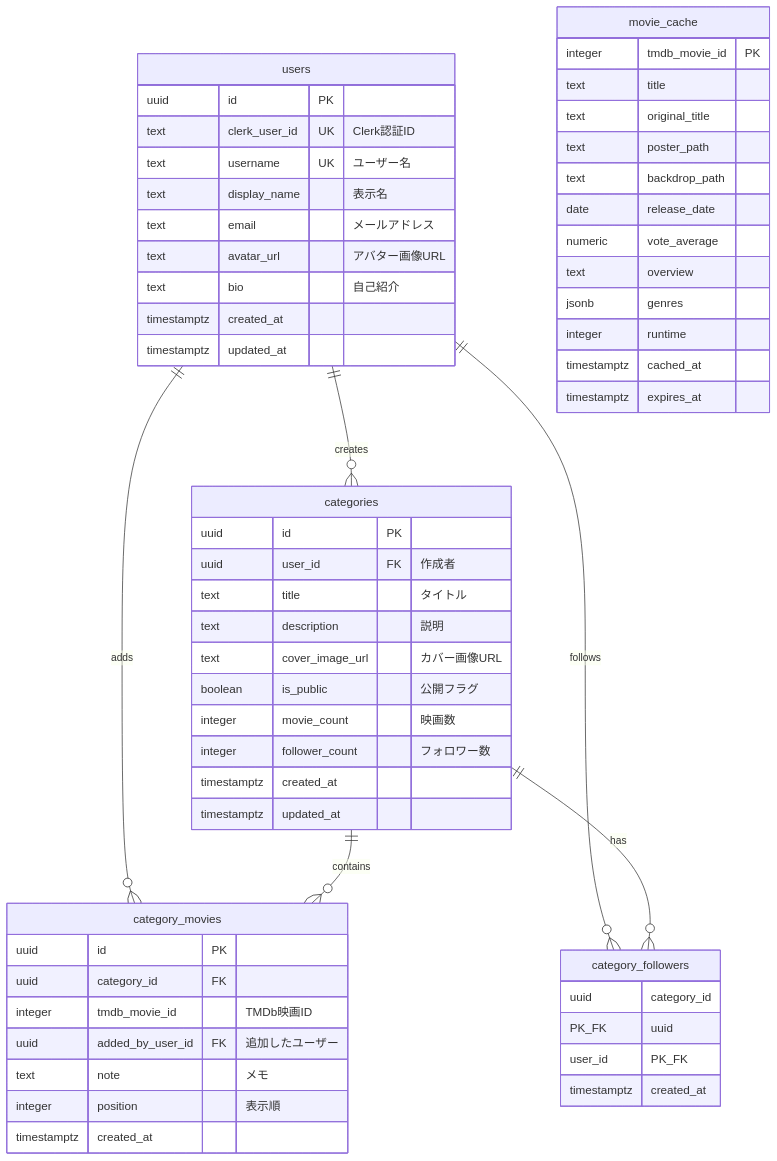
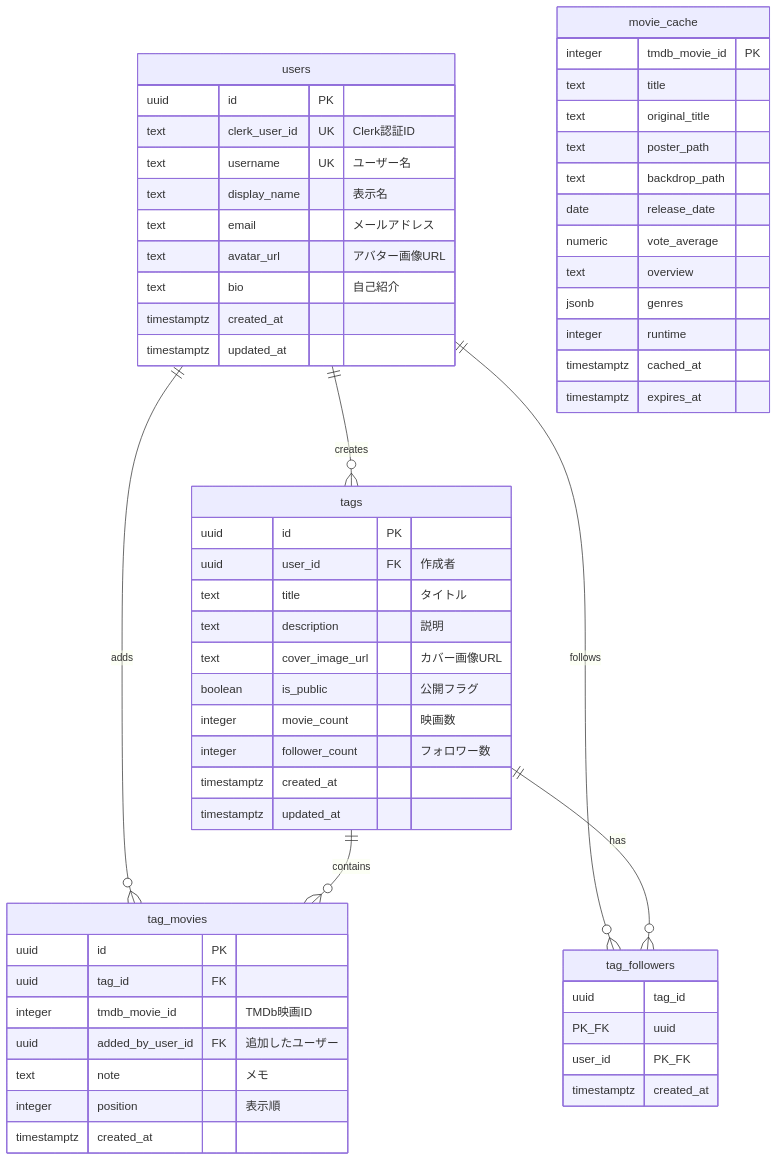
The diagram in docs/database-schema.md (yasudaProduct/cinetag), drawn with Mermaid before and after one commit. The commit also changed other lines of this file and 13 other files, not shown here.

````diff
--- a/docs/database-schema.md
+++ b/docs/database-schema.md
@@ -5,64 +5,64 @@
 ```mermaid
 erDiagram
-    users ||--o{ categories : "creates"
-    users ||--o{ category_movies : "adds"
-    users ||--o{ category_followers : "follows"
-    categories ||--o{ category_movies : "contains"
-    categories ||--o{ category_followers : "has"
+    users ||--o{ tags : "creates"
+    users ||--o{ tag_movies : "adds"
+    users ||--o{ tag_followers : "follows"
+    tags ||--o{ tag_movies : "contains"
+    tags ||--o{ tag_followers : "has"
 
     users {
         uuid id PK
         text clerk_user_id UK "Clerk認証ID"
         text username UK "ユーザー名"
         text display_name "表示名"
         text email "メールアドレス"
         text avatar_url "アバター画像URL"
         text bio "自己紹介"
         timestamptz created_at
         timestamptz updated_at
     }
 
-    categories {
+    tags {
         uuid id PK
         uuid user_id FK "作成者"
         text title "タイトル"
         text description "説明"
         text cover_image_url "カバー画像URL"
         boolean is_public "公開フラグ"
         integer movie_count "映画数"
         integer follower_count "フォロワー数"
         timestamptz created_at
         timestamptz updated_at
     }
 
-    category_movies {
+    tag_movies {
         uuid id PK
-        uuid category_id FK
+        uuid tag_id FK
         integer tmdb_movie_id "TMDb映画ID"
         uuid added_by_user_id FK "追加したユーザー"
         text note "メモ"
         integer position "表示順"
         timestamptz created_at
     }
 
-    category_followers {
-        uuid category_id PK_FK
+    tag_followers {
+        uuid tag_id PK_FK
         uuid user_id PK_FK
         timestamptz created_at
     }
 
     movie_cache {
         integer tmdb_movie_id PK
         text title
         text original_title
         text poster_path
         text backdrop_path
         date release_date
         numeric vote_average
         text overview
         jsonb genres
         integer runtime
         timestamptz cached_at
         timestamptz expires_at
     }
 ```
````
